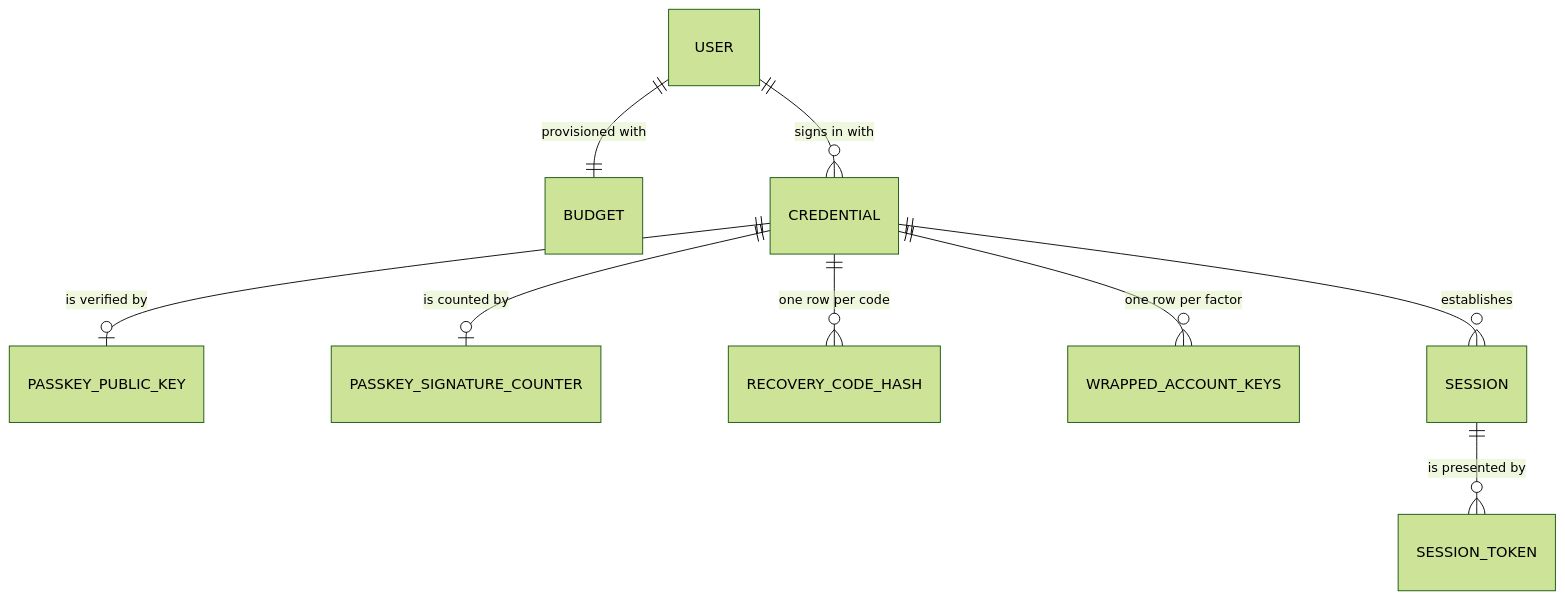
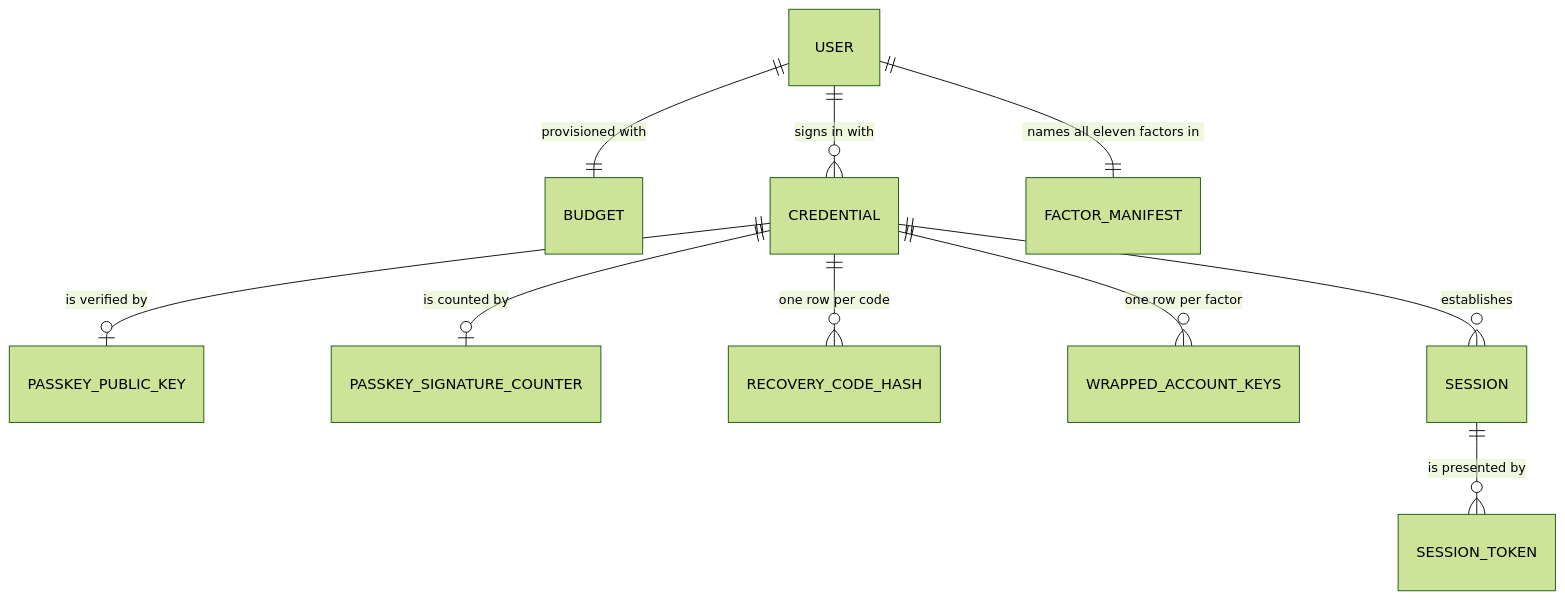
Before and after one commit to anton-kochev/budgetoid: the first of 3 diagrams in docs/business-logic/registration.md, drawn with Mermaid (forest theme). The commit also changed other lines of this file and 30 other files, not shown here.

````diff
--- a/docs/business-logic/registration.md
+++ b/docs/business-logic/registration.md
@@ -70,11 +89,12 @@
 ```mermaid
 erDiagram
     USER ||--|| BUDGET : "provisioned with"
     USER ||--o{ CREDENTIAL : "signs in with"
     CREDENTIAL ||--o| PASSKEY_PUBLIC_KEY : "is verified by"
     CREDENTIAL ||--o| PASSKEY_SIGNATURE_COUNTER : "is counted by"
     CREDENTIAL ||--o{ RECOVERY_CODE_HASH : "one row per code"
     CREDENTIAL ||--o{ WRAPPED_ACCOUNT_KEYS : "one row per factor"
     CREDENTIAL ||--o{ SESSION : establishes
     SESSION ||--o{ SESSION_TOKEN : "is presented by"
+    USER ||--|| FACTOR_MANIFEST : "names all eleven factors in"
 ```
````
